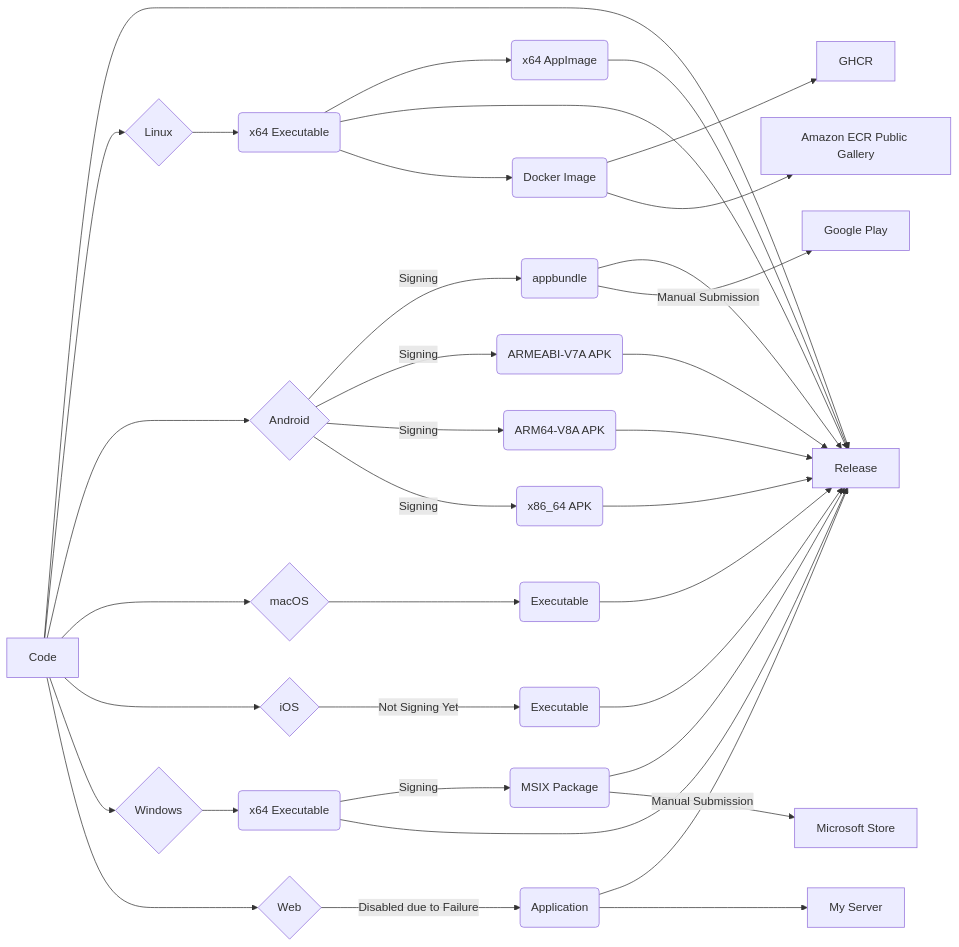
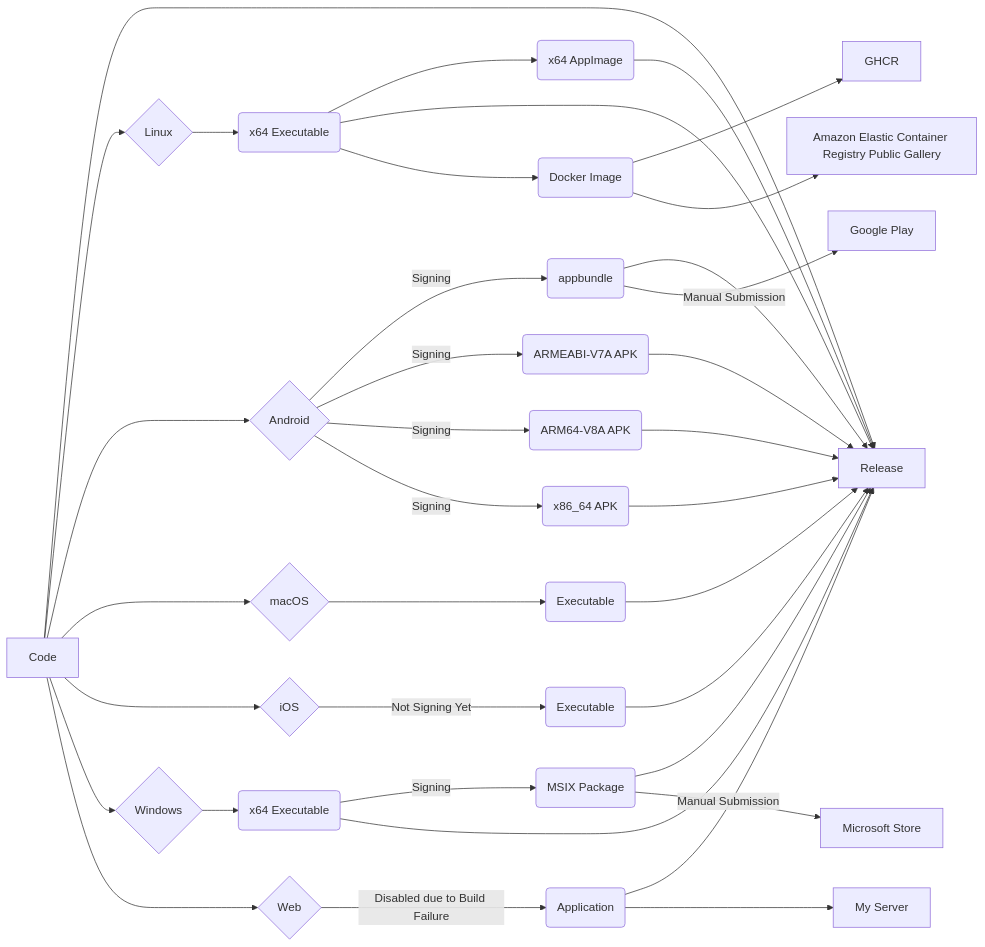
Before and after one commit to bitscoper/bitscoper_cyberkit: the diagram in README.md, drawn with Mermaid. The commit also changed other lines of this file and 7 other files, not shown here.

````diff
--- a/README.md
+++ b/README.md
@@ -47,45 +49,45 @@
 ```mermaid
 flowchart LR
 
 Code --> Release[Release]
 
 Code[Code] --> Linux{Linux}
 Linux --> Linux_x64_Executable(x64 Executable)
 Linux_x64_Executable --> Linux_x64_AppImage(x64 AppImage)
 Linux_x64_Executable --> Release[Release]
 Linux_x64_AppImage --> Release[Release]
 Linux_x64_Executable --> Linux_Docker_Image(Docker Image)
 Linux_Docker_Image --> GHCR[GHCR]
-Linux_Docker_Image --> Amazon_ECR_Public_Gallery[Amazon ECR Public Gallery]
+Linux_Docker_Image --> Amazon_ECR_Public_Gallery[Amazon Elastic Container Registry Public Gallery]
 
 Code --> Android{Android}
 Android --> |Signing| Android_appbundle(appbundle)
 Android --> |Signing| Android_ARMEABI_V7A_APK(ARMEABI-V7A APK)
 Android --> |Signing| Android_ARM64_V8A_APK(ARM64-V8A APK)
 Android --> |Signing| Android_x86_64_APK(x86_64 APK)
 Android_appbundle --> Release[Release]
 Android_x86_64_APK --> Release[Release]
 Android_ARM64_V8A_APK --> Release[Release]
 Android_ARMEABI_V7A_APK --> Release[Release]
 Android_appbundle --> |Manual Submission| Google_Play[Google Play]
 
 Code --> macOS{macOS}
 macOS --> macOS_Executable(Executable)
 macOS_Executable --> Release[Release]
 
 Code --> iOS{iOS}
 iOS --> |Not Signing Yet| iOS_Executable(Executable)
 iOS_Executable --> Release[Release]
 
 Code --> Windows{Windows}
 Windows --> Windows_x64_Executable(x64 Executable)
 Windows_x64_Executable --> |Signing| Windows_x64_MSIX_Package(MSIX Package)
 Windows_x64_Executable --> Release[Release]
 Windows_x64_MSIX_Package --> Release[Release]
 Windows_x64_MSIX_Package --> |Manual Submission| Microsoft_Store[Microsoft Store]
 
 Code --> Web{Web}
-Web --> |Disabled due to Failure| Web_Application(Application)
+Web --> |Disabled due to Build Failure| Web_Application(Application)
 Web_Application --> Release[Release]
 Web_Application --> My_Server[My Server]
 ```
````
